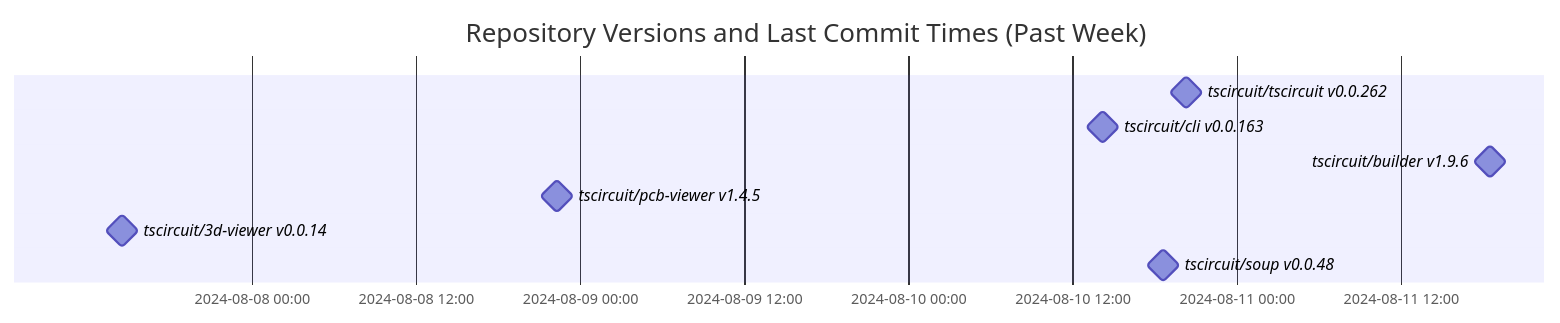
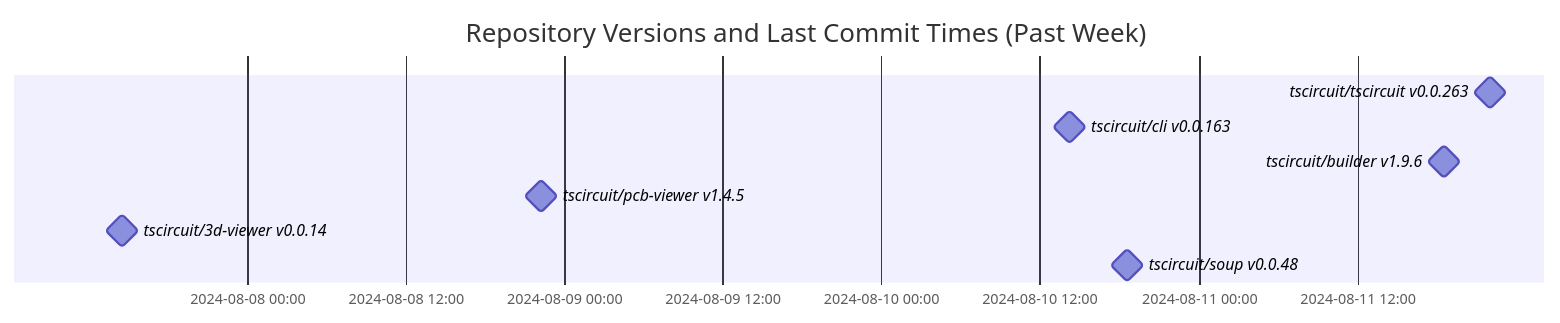
One commit to tscircuit/version-tracker changed the diagram in README.md. Above: the diagram before and after it, drawn with Mermaid.

Commit message:
Update chart

````diff
--- a/README.md
+++ b/README.md
@@ -1,13 +1,13 @@
 ```mermaid
 gantt
   dateFormat  YYYY-MM-DD HH:mm:ss
   title Repository Versions and Last Commit Times (Past Week)
   axisFormat %Y-%m-%d %H:%M
 
-  tscircuit/tscircuit v0.0.262 : milestone, 2024-08-10 20:20:25, 1s
+  tscircuit/tscircuit v0.0.263 : milestone, 2024-08-11 22:02:17, 1s
   tscircuit/cli v0.0.163 : milestone, 2024-08-10 14:15:28, 1s
   tscircuit/builder v1.9.6 : milestone, 2024-08-11 18:31:00, 1s
   tscircuit/pcb-viewer v1.4.5 : milestone, 2024-08-08 22:18:20, 1s
   tscircuit/3d-viewer v0.0.14 : milestone, 2024-08-07 14:34:01, 1s
   tscircuit/soup v0.0.48 : milestone, 2024-08-10 18:36:47, 1s
 ```
````
